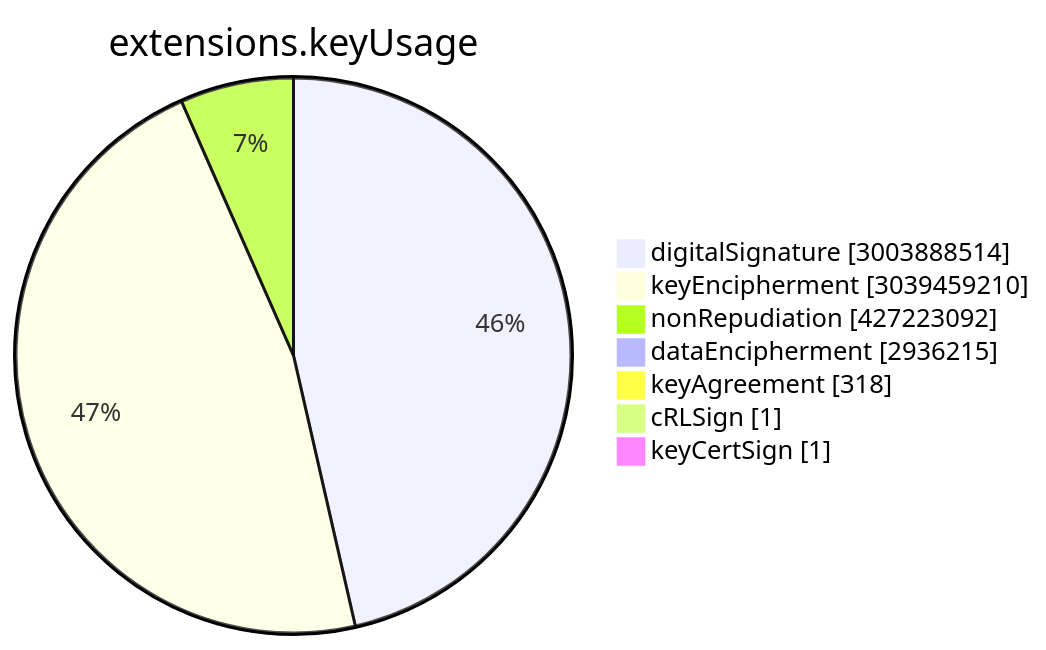
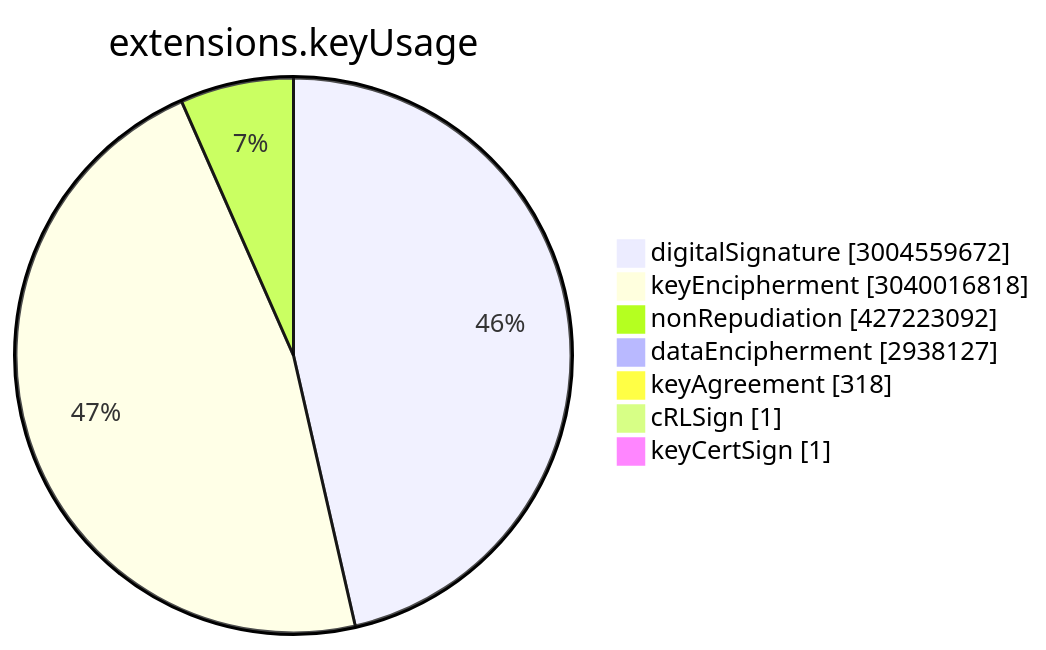
One commit to christiankrug/ctmonitor_visualization changed the sixth of 15 diagrams in TOTAL/README.md. Above: the diagram before and after it, drawn with Mermaid. The commit also changed other lines of this file, not shown here.

````diff
--- a/TOTAL/README.md
+++ b/TOTAL/README.md
@@ -3074,11 +3074,11 @@
 ```mermaid
 pie showData
 title extensions.keyUsage
-"digitalSignature" :3003888514
-"keyEncipherment" :3039459210
+"digitalSignature" :3004559672
+"keyEncipherment" :3040016818
 "nonRepudiation" :427223092
-"dataEncipherment" :2936215
+"dataEncipherment" :2938127
 "keyAgreement" :318
 "cRLSign" :1
 "keyCertSign" :1
 ```
````
